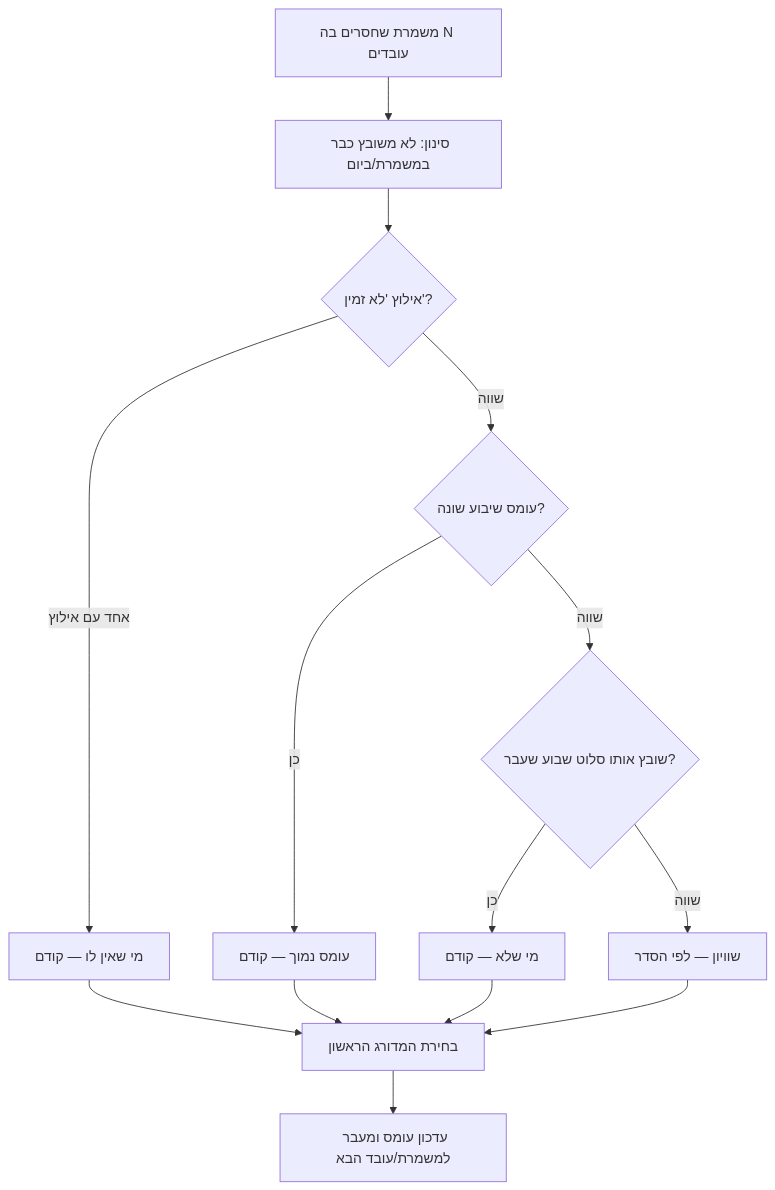
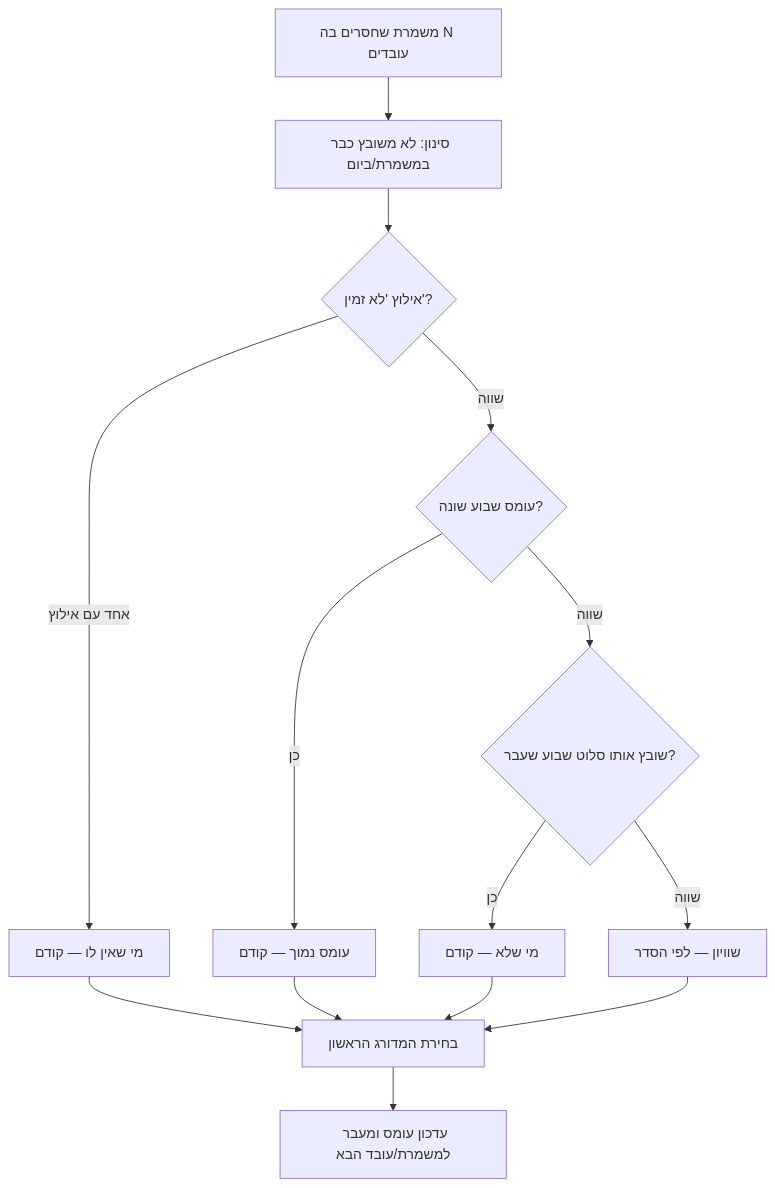
The fifth of 6 diagrams in docs/ProjectBook.md (shaylev2005/smartShift), drawn with Mermaid before and after one commit. The commit also changed other lines of this file and 5 other files, not shown here.

````diff
--- a/docs/ProjectBook.md
+++ b/docs/ProjectBook.md
@@ -358,16 +416,16 @@
 ```mermaid
 flowchart TD
     Start["משמרת שחסרים בה N עובדים"] --> Filter["סינון: לא משובץ כבר במשמרת/ביום"]
     Filter --> C1{"אילוץ 'לא זמין'?"}
     C1 -->|אחד עם אילוץ| Order1["מי שאין לו — קודם"]
-    C1 -->|שווה| C2{"עומס שיבוע שונה?"}
+    C1 -->|שווה| C2{"עומס שבוע שונה?"}
     C2 -->|כן| Order2["עומס נמוך — קודם"]
     C2 -->|שווה| C3{"שובץ אותו סלוט שבוע שעבר?"}
     C3 -->|כן| Order3["מי שלא — קודם"]
     C3 -->|שווה| Tie["שוויון — לפי הסדר"]
     Order1 --> Pick["בחירת המדורג הראשון"]
     Order2 --> Pick
     Order3 --> Pick
     Tie --> Pick
     Pick --> Loop["עדכון עומס ומעבר למשמרת/עובד הבא"]
 ```
````
